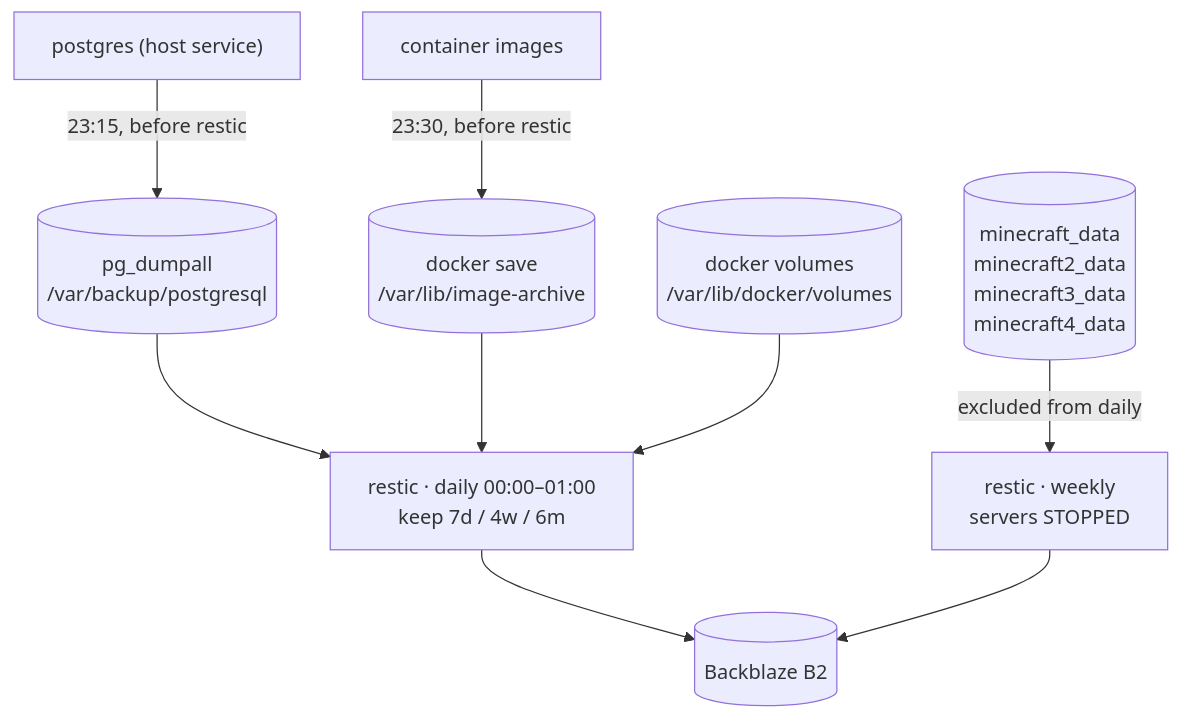
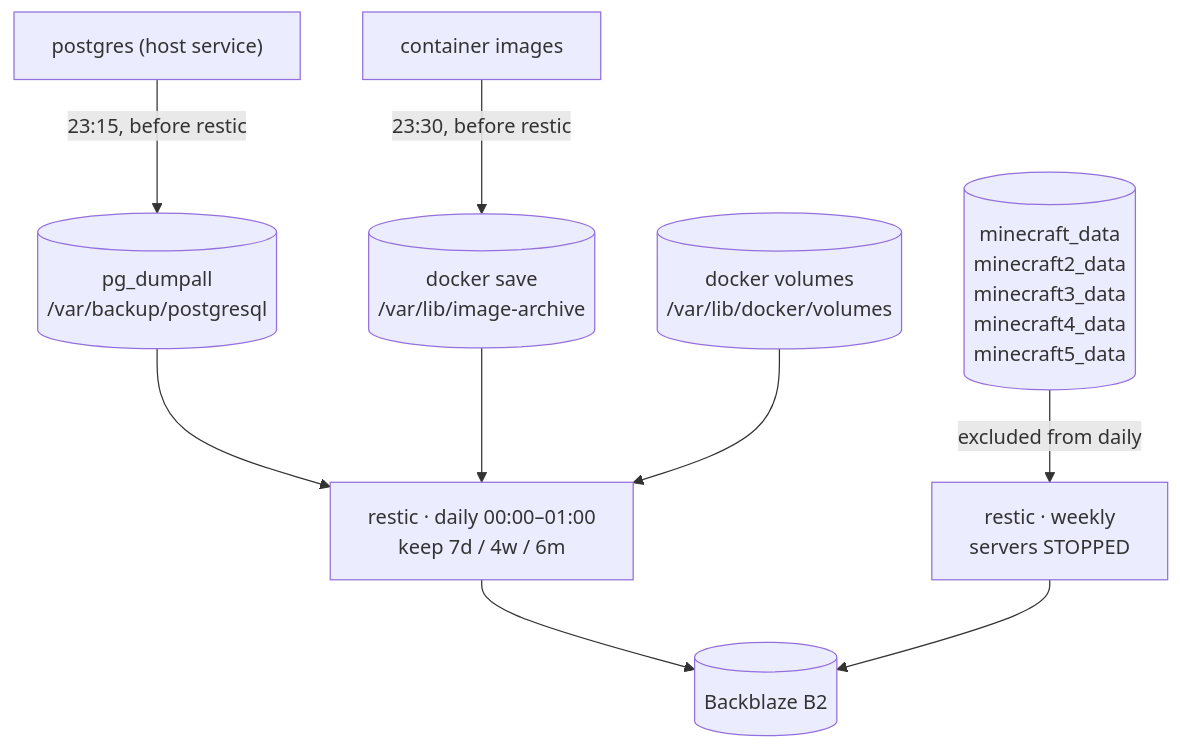
One commit to 1Git2Clone/vps changed the diagram in docs/src/architecture/data.md. Above: the diagram before and after it, drawn with Mermaid. The commit also changed 44 other files, not shown here.

````diff
--- a/docs/src/architecture/data.md
+++ b/docs/src/architecture/data.md
@@ -3,22 +3,22 @@
 ```mermaid
 flowchart TB
     vols[("docker volumes<br/>/var/lib/docker/volumes")]
     pg["postgres (host service)"]
     reg["container images"]
     dumps[("pg_dumpall<br/>/var/backup/postgresql")]
     imgs[("docker save<br/>/var/lib/image-archive")]
-    mc[("minecraft_data<br/>minecraft2_data<br/>minecraft3_data<br/>minecraft4_data")]
+    mc[("minecraft_data<br/>minecraft2_data<br/>minecraft3_data<br/>minecraft4_data<br/>minecraft5_data")]
 
     daily["restic · daily 00:00–01:00<br/>keep 7d / 4w / 6m"]
     weekly["restic · weekly<br/>servers STOPPED"]
     b2[("Backblaze B2")]
 
     pg -- "23:15, before restic" --> dumps
     reg -- "23:30, before restic" --> imgs
     dumps --> daily
     imgs --> daily
     vols --> daily
     mc -- "excluded from daily" --> weekly
     daily --> b2
     weekly --> b2
 ```
````
